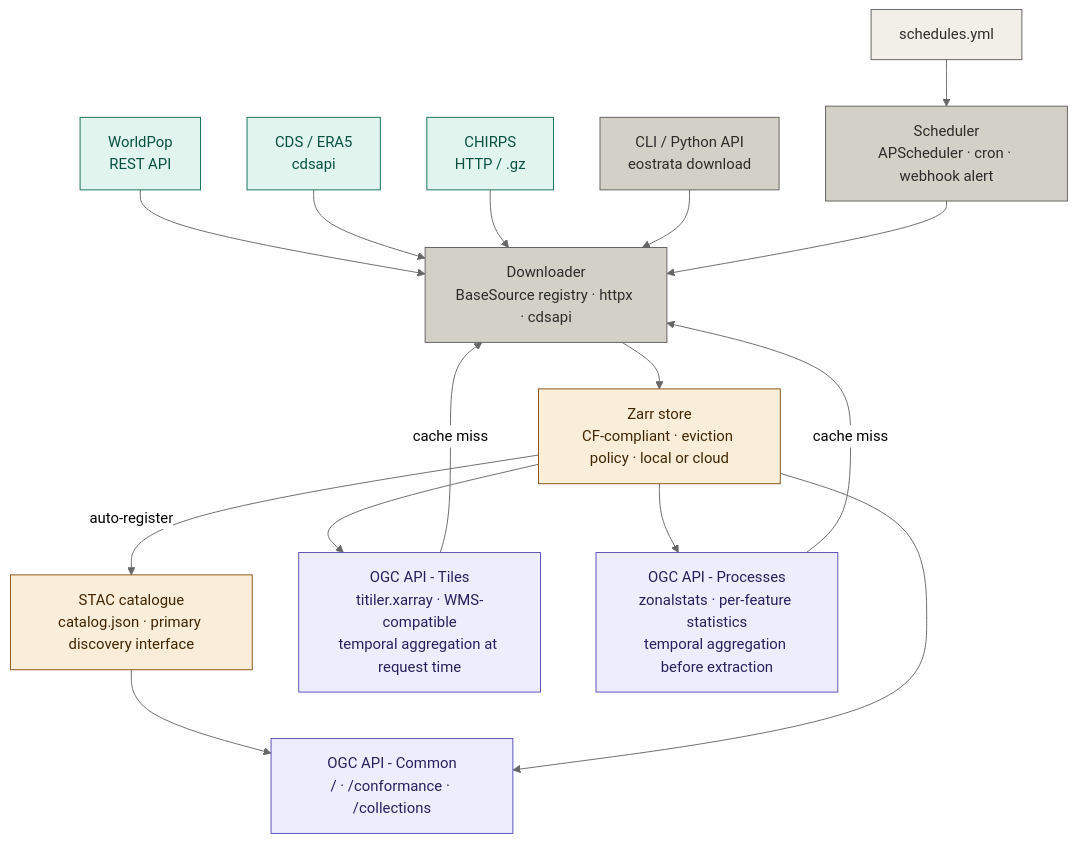
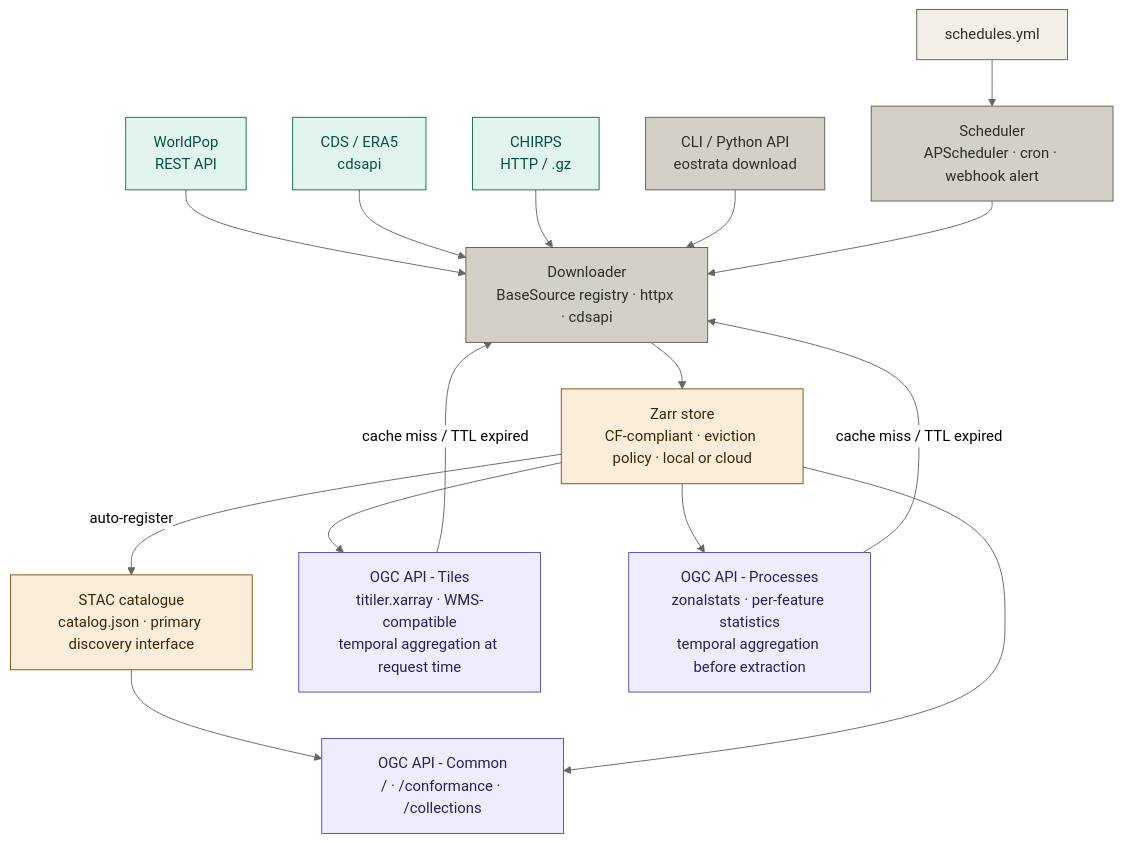
Before and after one commit to BRaimbault/eostrata: the diagram in README.md, drawn with Mermaid (neutral theme). The commit also changed 7 other files, not shown here.

````diff
--- a/README.md
+++ b/README.md
@@ -30,35 +30,35 @@
 ```mermaid
 flowchart TD
     WP["WorldPop\nREST API"]:::src
     CDS["CDS / ERA5\ncdsapi"]:::src
     CH["CHIRPS\nHTTP / .gz"]:::src
 
     CLI["CLI / Python API\neostrata download"]:::infra
     SCH["Scheduler\nAPScheduler · cron · webhook alert"]:::infra
     SY["schedules.yml"]:::config
 
     DL["Downloader\nBaseSource registry · httpx · cdsapi"]:::infra
 
     ZS["Zarr store\nCF-compliant · eviction policy · local or cloud"]:::store
     CAT["STAC catalogue\ncatalog.json · primary discovery interface"]:::store
 
     TILE["OGC API - Tiles\ntitiler.xarray · WMS-compatible\ntemporal aggregation at request time"]:::serve
     ZON["OGC API - Processes\nzonalstats · per-feature statistics\ntemporal aggregation before extraction"]:::serve
     OGC["OGC API - Common\n/ · /conformance · /collections"]:::serve
 
     WP & CDS & CH --> DL
     CLI --> DL
     SY --> SCH
     SCH --> DL
     DL --> ZS
     ZS -->|auto-register| CAT
     CAT --> OGC
     ZS --> TILE & ZON & OGC
-    TILE & ZON -->|cache miss| DL
+    TILE & ZON -->|cache miss / TTL expired| DL
 
     classDef src    fill:#E1F5EE,stroke:#0F6E56,color:#085041
     classDef config fill:#F1EFE8,stroke:#5F5E5A,color:#2C2C2A
     classDef infra  fill:#D3D1C7,stroke:#5F5E5A,color:#2C2C2A
     classDef store  fill:#FAEEDA,stroke:#854F0B,color:#412402
     classDef serve  fill:#EEEDFE,stroke:#534AB7,color:#26215C
 ```
````
